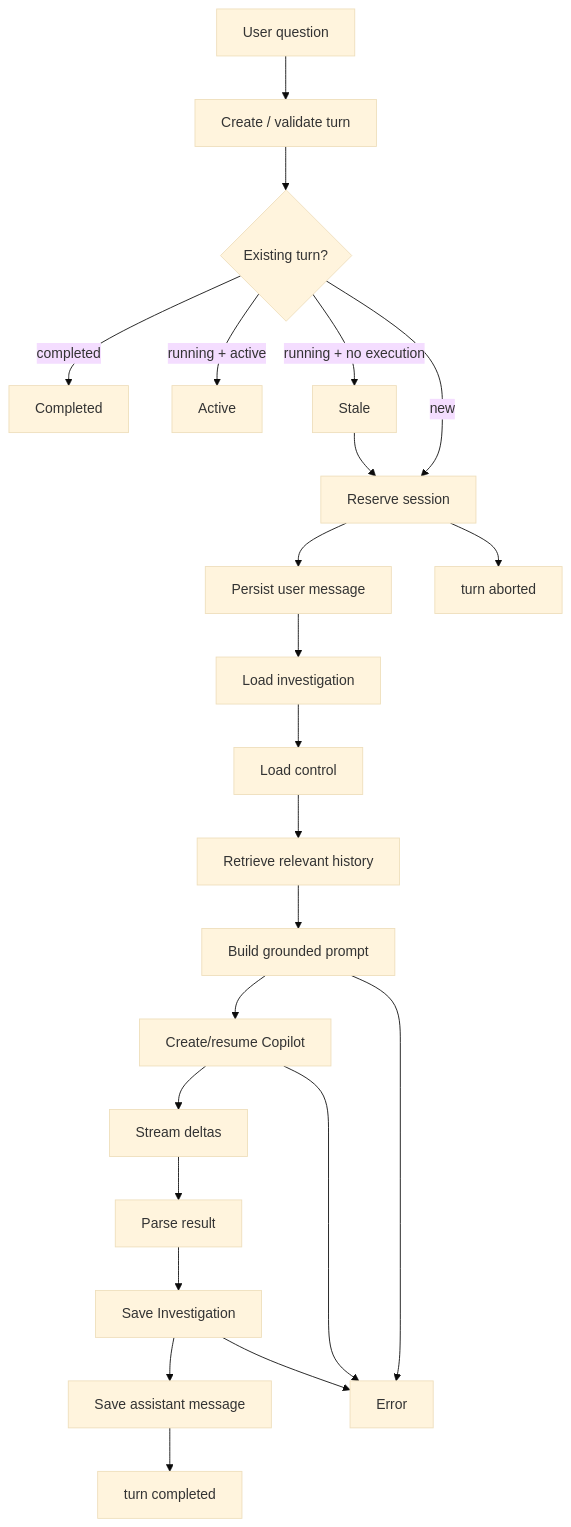
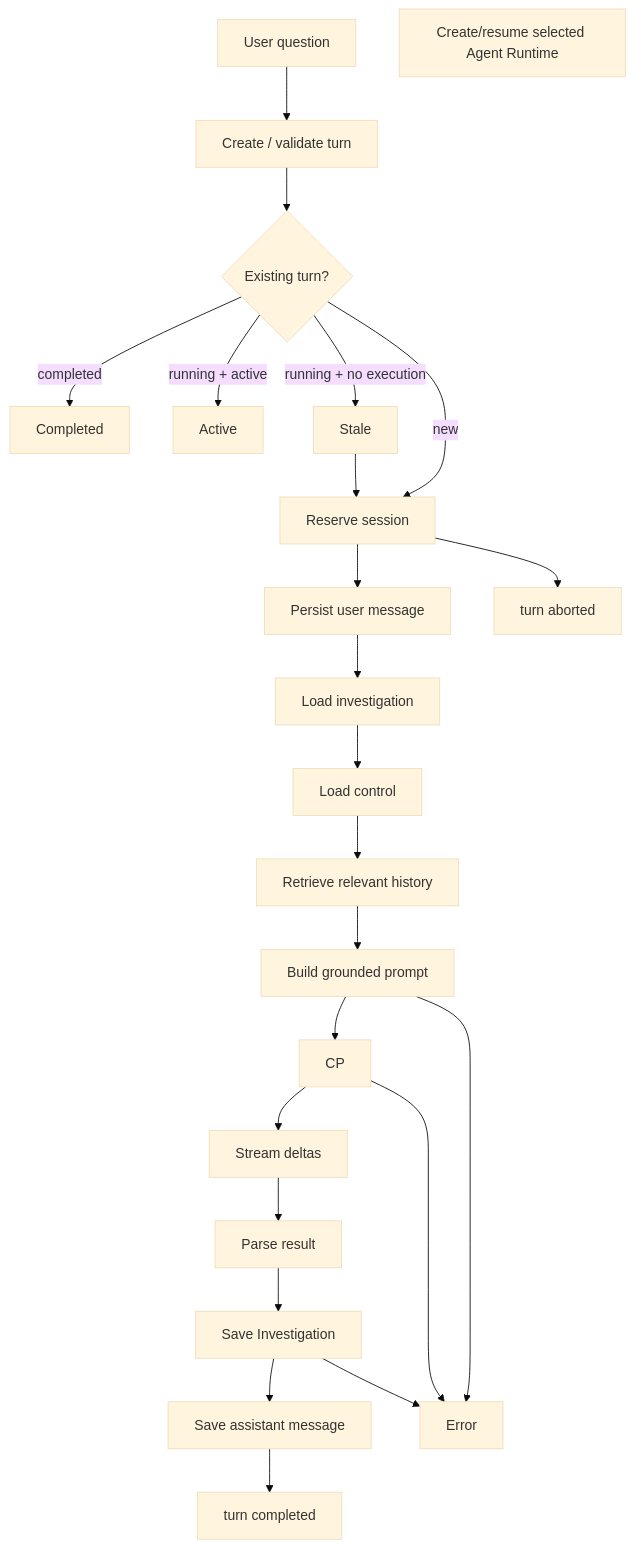
Before and after one commit to saga/agentic-data-architect: the eighth of 8 diagrams in docs/data-control-flow.md, drawn with Mermaid (base theme). The commit also changed other lines of this file, not shown here.

Commit message:
docs: align data-control-flow with runtime-neutral restart and Stop lifecycle

```diff
--- a/docs/data-control-flow.md
+++ b/docs/data-control-flow.md
@@ -469,35 +475,35 @@
 ~~~mermaid
 flowchart TD
     Q[User question]
     R[Create / validate turn]
     L{Existing turn?}
     C[Completed]
     X[Active]
     S[Stale]
     P[Reserve session]
     M[Persist user message]
     I[Load investigation]
     K[Load control]
     H[Retrieve relevant history]
     G[Build grounded prompt]
-    CP[Create/resume Copilot]
+    RT[Create/resume selected Agent Runtime]
     D[Stream deltas]
     F[Parse result]
     V[Save Investigation]
     AM[Save assistant message]
     T[turn completed]
     E[Error]
     AB[turn aborted]
 
     Q --> R --> L
     L -->|completed| C
     L -->|running + active| X
     L -->|running + no execution| S
     S --> P
     L -->|new| P
     P --> M --> I --> K --> H --> G --> CP --> D --> F --> V --> AM --> T
     CP --> E
     G --> E
     V --> E
     P --> AB
 ~~~
```
